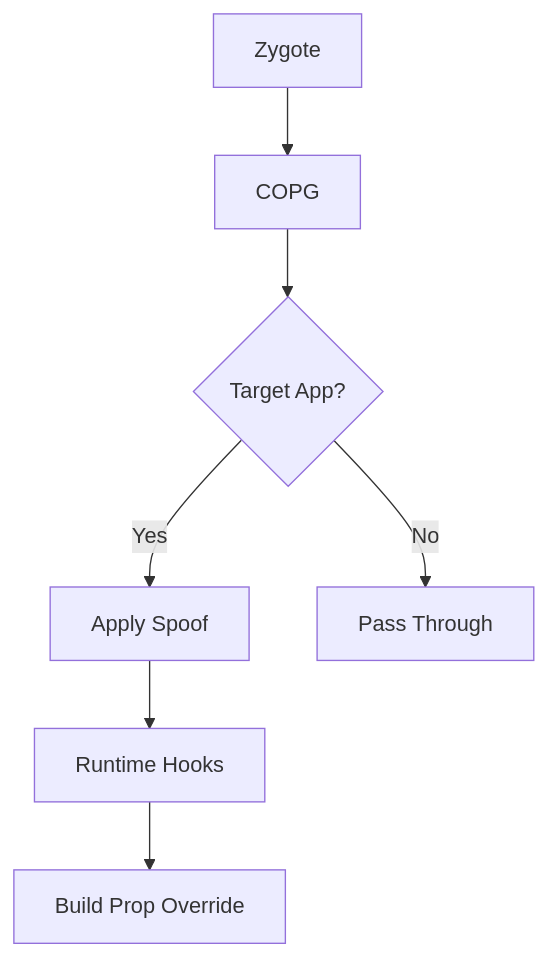
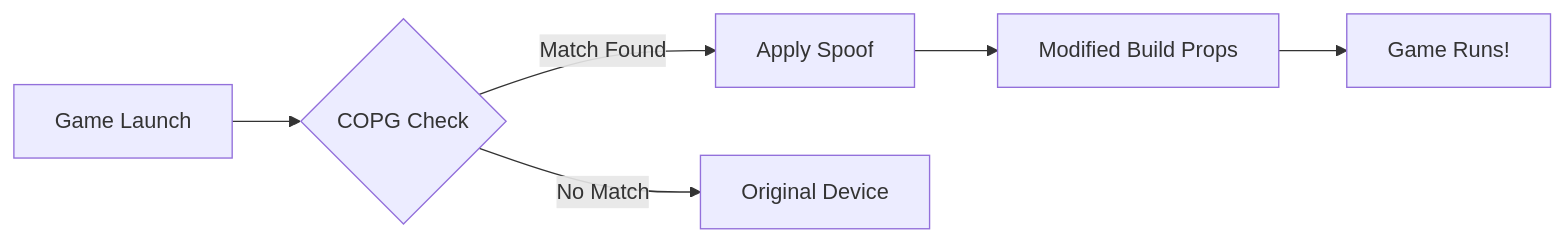
One commit to Magisk-Modules-Alt-Repo/COPG changed the diagram in README.md. Above: the diagram before and after it, drawn with Mermaid. The commit also changed other lines of this file, not shown here.

````diff
--- a/README.md
+++ b/README.md
@@ -71,9 +61,8 @@
 ```mermaid
-graph TD
-    A[Zygote] --> B[COPG]
-    B --> C{Target App?}
-    C -->|Yes| D[Apply Spoof]
-    C -->|No| E[Pass Through]
-    D --> F[Runtime Hooks]
-    F --> G[Build Prop Override]
+graph LR
+    A[Game Launch] --> B{COPG Check}
+    B -->|Match Found| C[Apply Spoof]
+    B -->|No Match| D[Original Device]
+    C --> E[Modified Build Props]
+    E --> F[Game Runs!]
 ```
````
